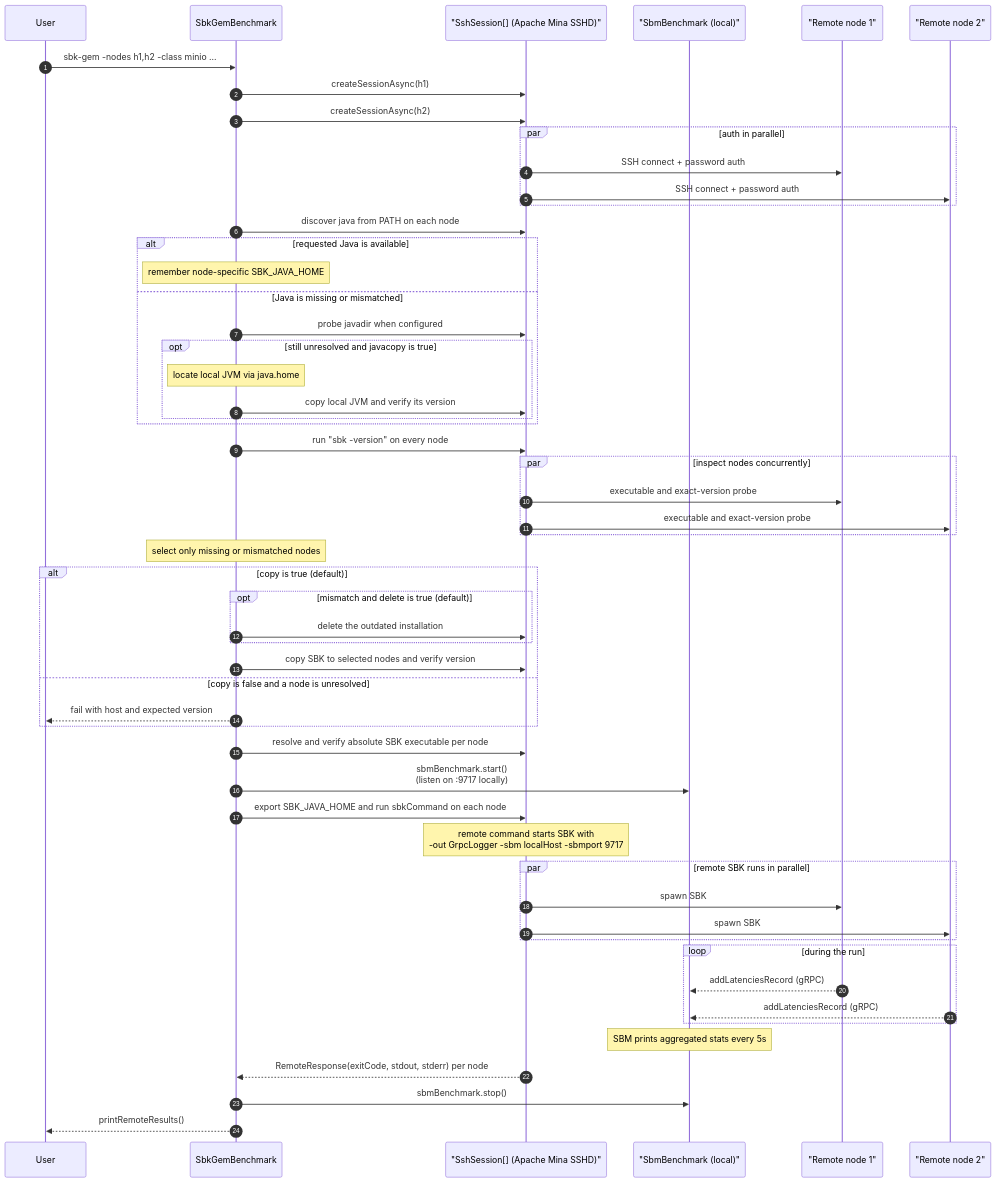
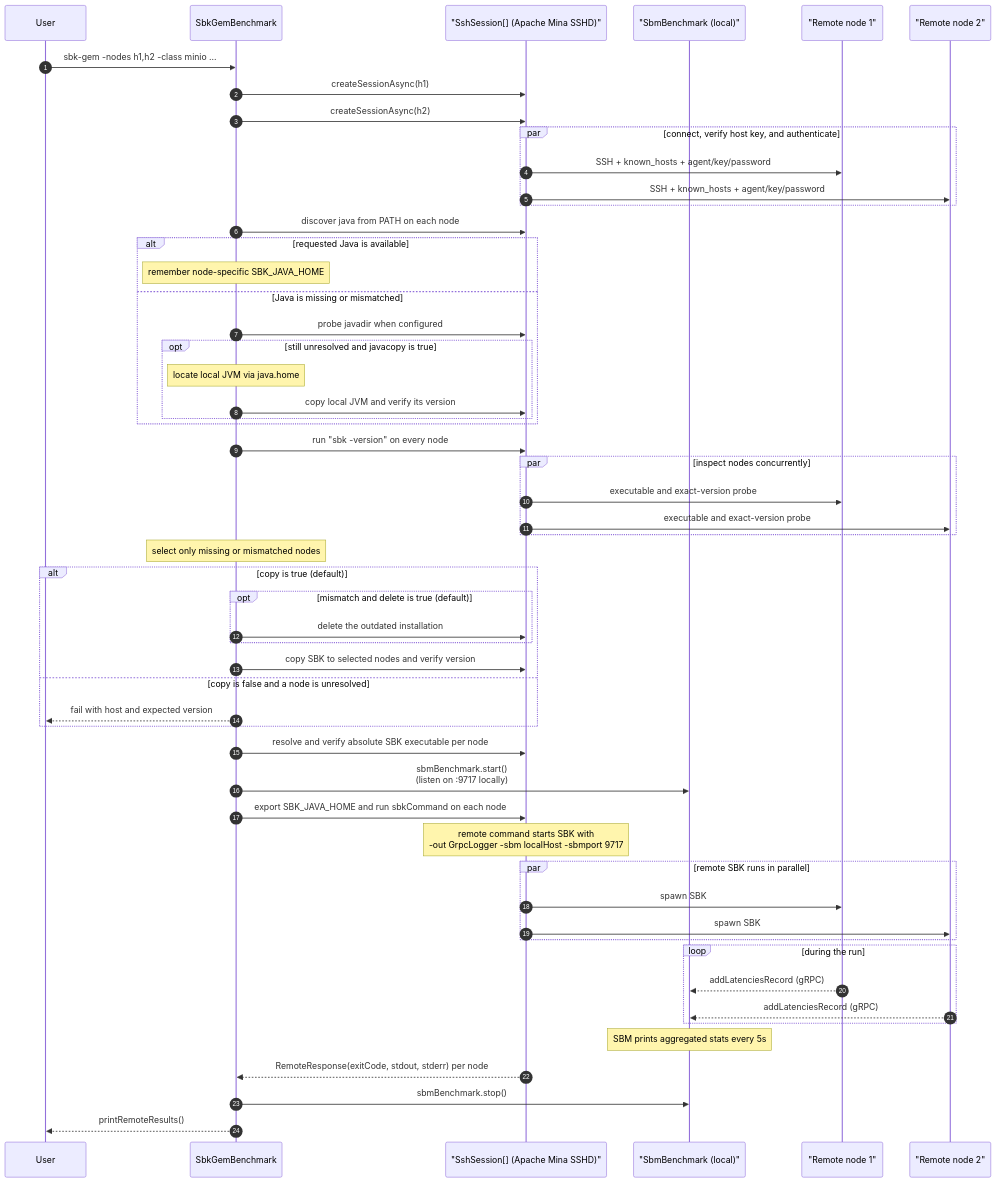
Diagram 23 of 37 in docs/sbk-internals.md (kmgowda/SBK), drawn with Mermaid before and after one commit. The commit also changed other lines of this file and 19 other files, not shown here.

````diff
--- a/docs/sbk-internals.md
+++ b/docs/sbk-internals.md
@@ -1676,67 +1676,67 @@
 ```mermaid
 sequenceDiagram
     autonumber
     participant User
     participant GEM as SbkGemBenchmark
     participant SSH as "SshSession[] (Apache Mina SSHD)"
     participant SBM as "SbmBenchmark (local)"
     participant N1 as "Remote node 1"
     participant N2 as "Remote node 2"
 
     User->>GEM: sbk-gem -nodes h1,h2 -class minio ...
     GEM->>SSH: createSessionAsync(h1)
     GEM->>SSH: createSessionAsync(h2)
-    par auth in parallel
-        SSH->>N1: SSH connect + password auth
-        SSH->>N2: SSH connect + password auth
+    par connect, verify host key, and authenticate
+        SSH->>N1: SSH + known_hosts + agent/key/password
+        SSH->>N2: SSH + known_hosts + agent/key/password
     end
 
     GEM->>SSH: discover java from PATH on each node
     alt requested Java is available
         Note over GEM: remember node-specific SBK_JAVA_HOME
     else Java is missing or mismatched
         GEM->>SSH: probe javadir when configured
         opt still unresolved and javacopy is true
             Note over GEM: locate local JVM via java.home
             GEM->>SSH: copy local JVM and verify its version
         end
     end
 
     GEM->>SSH: run "sbk -version" on every node
     par inspect nodes concurrently
         SSH->>N1: executable and exact-version probe
         SSH->>N2: executable and exact-version probe
     end
     Note over GEM: select only missing or mismatched nodes
     alt copy is true (default)
         opt mismatch and delete is true (default)
             GEM->>SSH: delete the outdated installation
         end
         GEM->>SSH: copy SBK to selected nodes and verify version
     else copy is false and a node is unresolved
         GEM-->>User: fail with host and expected version
     end
 
     GEM->>SSH: resolve and verify absolute SBK executable per node
 
     GEM->>SBM: sbmBenchmark.start()<br/>(listen on :9717 locally)
 
     GEM->>SSH: export SBK_JAVA_HOME and run sbkCommand on each node
     Note over SSH: remote command starts SBK with<br/>-out GrpcLogger -sbm localHost -sbmport 9717
 
     par remote SBK runs in parallel
         SSH->>N1: spawn SBK
         SSH->>N2: spawn SBK
     end
 
     loop during the run
         N1-->>SBM: addLatenciesRecord (gRPC)
         N2-->>SBM: addLatenciesRecord (gRPC)
     end
 
     Note over SBM: SBM prints aggregated stats every 5s
 
     SSH-->>GEM: RemoteResponse(exitCode, stdout, stderr) per node
     GEM->>SBM: sbmBenchmark.stop()
 GEM-->>User: printRemoteResults()
 ```
````
